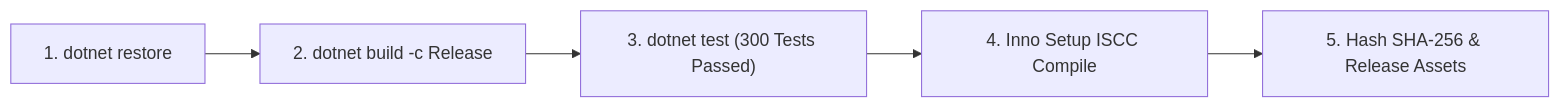
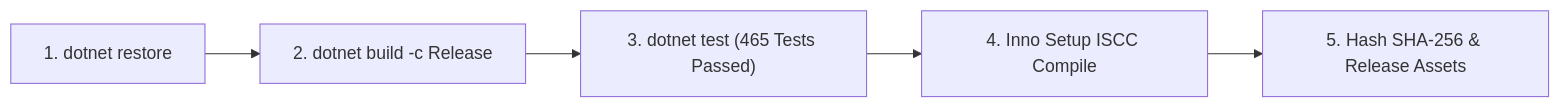
The diagram in .agents/rules/08_RELEASE_PACKAGING_AND_CICD_RULES.md (Nguyen-Trung-Tien/WinCarePro), drawn with Mermaid before and after one commit. The commit also changed 21 other files, not shown here.

````diff
--- a/.agents/rules/08_RELEASE_PACKAGING_AND_CICD_RULES.md
+++ b/.agents/rules/08_RELEASE_PACKAGING_AND_CICD_RULES.md
@@ -62,7 +62,7 @@
 ```mermaid
 graph LR
     Step1["1. dotnet restore"] --> Step2["2. dotnet build -c Release"]
-    Step2 --> Step3["3. dotnet test (300 Tests Passed)"]
+    Step2 --> Step3["3. dotnet test (465 Tests Passed)"]
     Step3 --> Step4["4. Inno Setup ISCC Compile"]
     Step4 --> Step5["5. Hash SHA-256 & Release Assets"]
 ```
````
